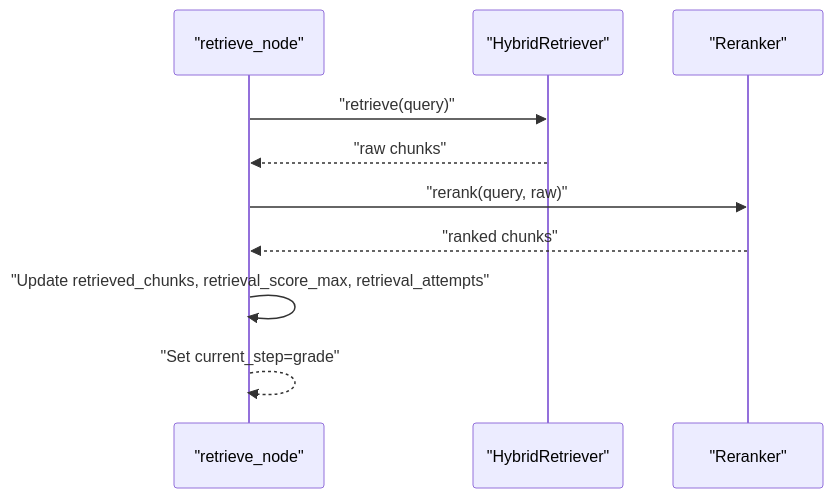
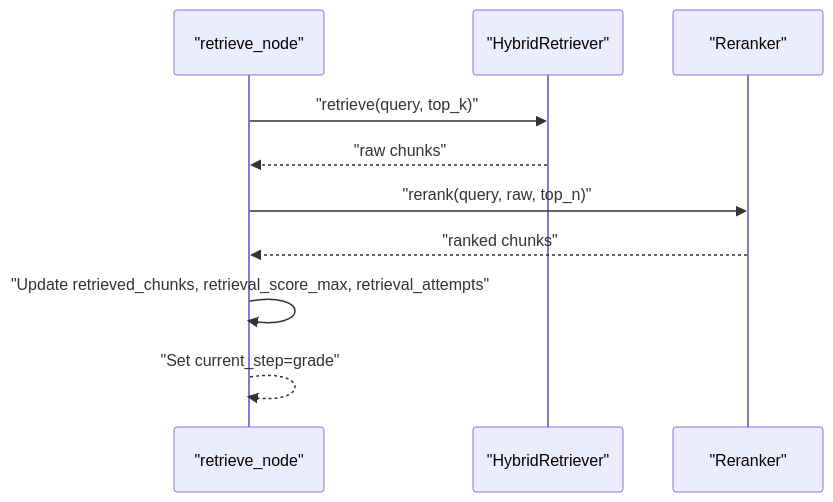
The seventh of 15 diagrams in .qoder/repowiki/en/content/AI Agent Pipeline/LangGraph State Machine.md (genes8/private-ai), drawn with Mermaid before and after one commit. The commit also changed other lines of this file and 101 other files, not shown here.

````diff
--- a/.qoder/repowiki/en/content/AI Agent Pipeline/LangGraph State Machine.md
+++ b/.qoder/repowiki/en/content/AI Agent Pipeline/LangGraph State Machine.md
@@ -326,12 +328,12 @@
 ```mermaid
 sequenceDiagram
 participant N as "retrieve_node"
 participant R as "HybridRetriever"
 participant X as "Reranker"
-N->>R : "retrieve(query)"
+N->>R : "retrieve(query, top_k)"
 R-->>N : "raw chunks"
-N->>X : "rerank(query, raw)"
+N->>X : "rerank(query, raw, top_n)"
 X-->>N : "ranked chunks"
 N->>N : "Update retrieved_chunks, retrieval_score_max, retrieval_attempts"
 N-->>N : "Set current_step=grade"
 ```
````
